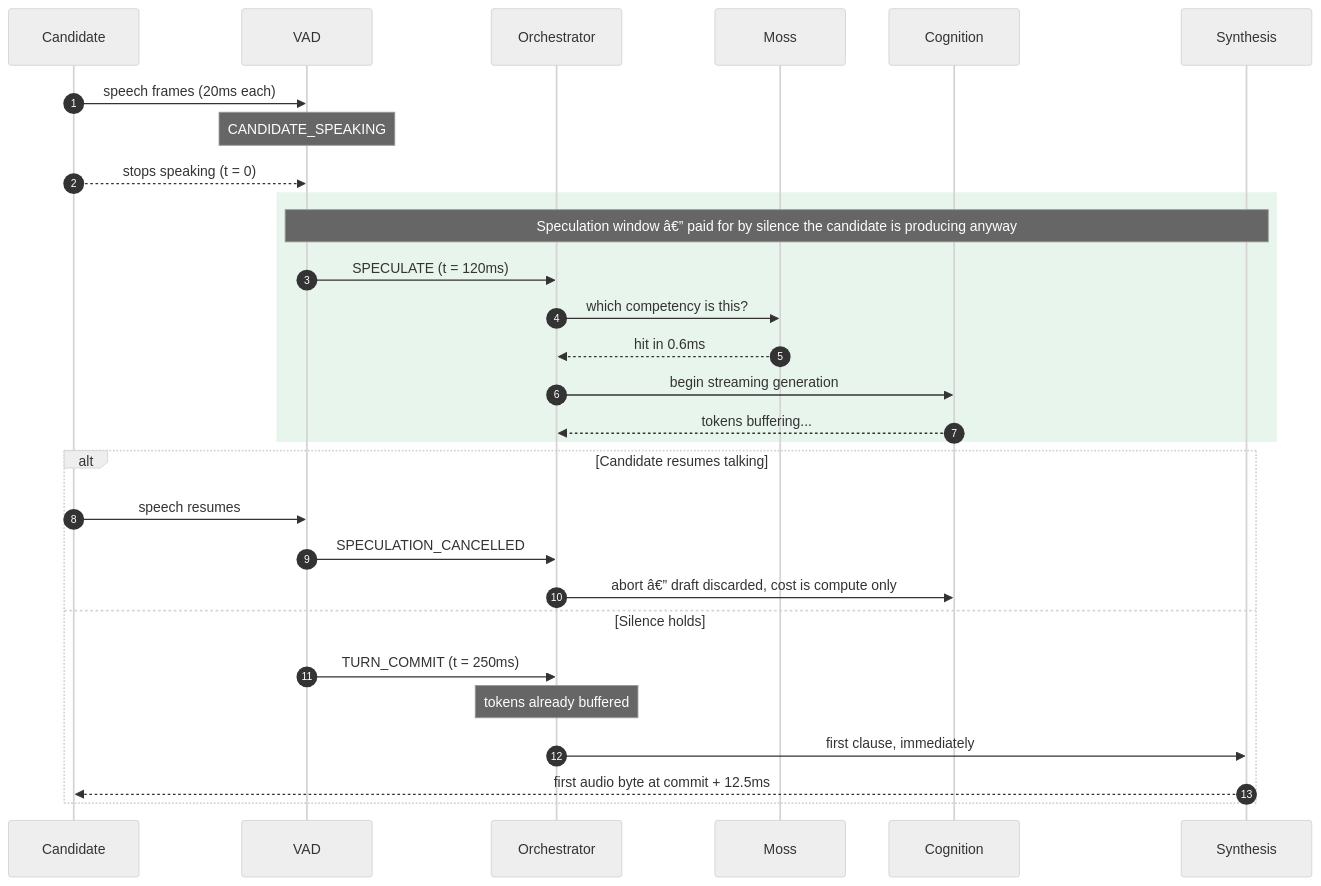
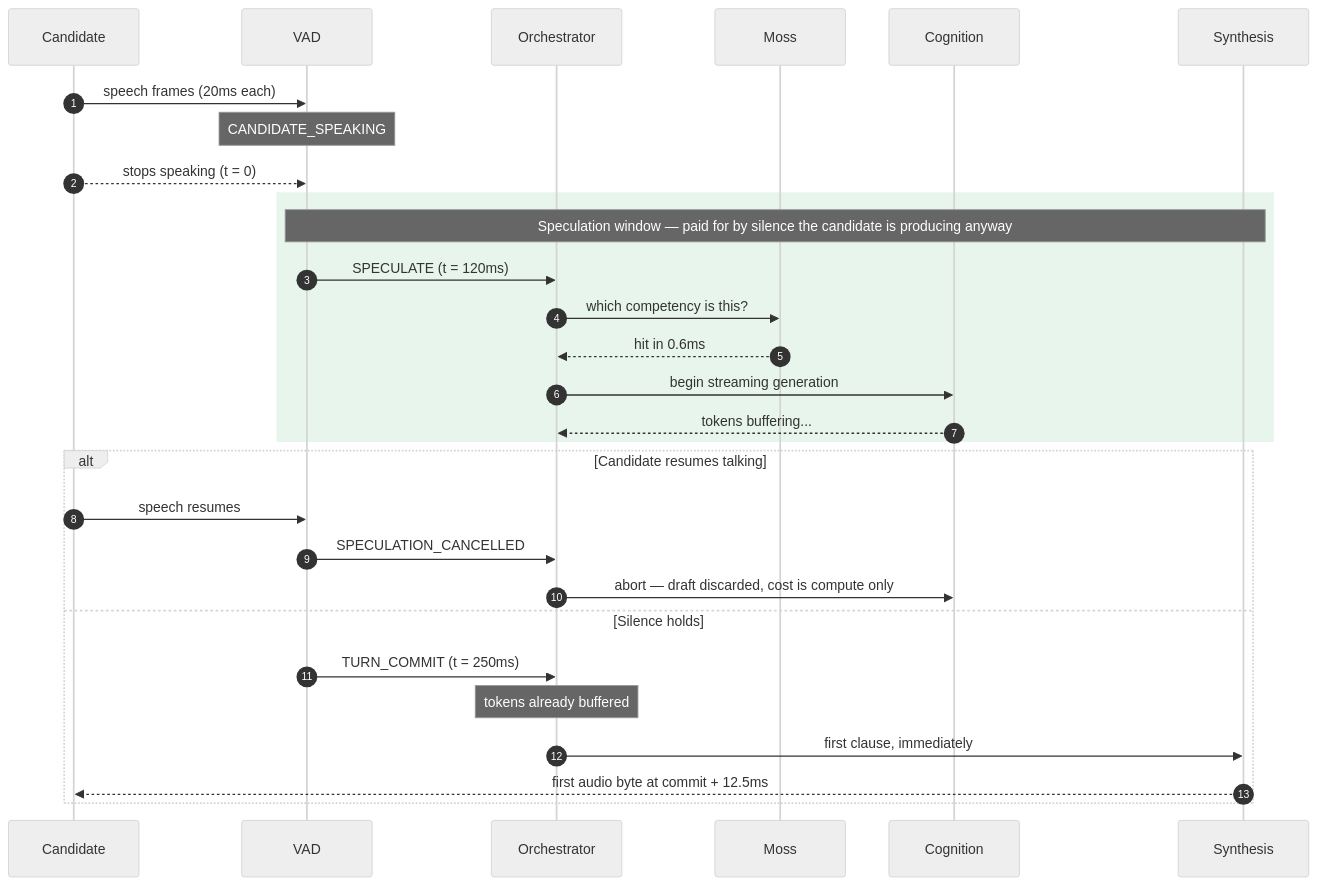
One commit to Oruwe/HR_agent changed the second of 8 diagrams in docs/ARCHITECTURE.md. Above: the diagram before and after it, drawn with Mermaid (neutral theme). The commit also changed other lines of this file and 1 other file, not shown here.

First line of the commit message:
Fix mojibake in README and ARCHITECTURE.md

````diff
--- a/docs/ARCHITECTURE.md
+++ b/docs/ARCHITECTURE.md
@@ -76,35 +76,35 @@
 ```mermaid
 sequenceDiagram
     autonumber
     participant C as Candidate
     participant V as VAD
     participant O as Orchestrator
     participant M as Moss
     participant L as Cognition
     participant S as Synthesis
 
     C->>V: speech frames (20ms each)
     Note over V: CANDIDATE_SPEAKING
 
     C-->>V: stops speaking (t = 0)
 
     rect rgb(232, 245, 236)
-    Note over V,S: Speculation window â€” paid for by silence the candidate is producing anyway
+    Note over V,S: Speculation window — paid for by silence the candidate is producing anyway
     V->>O: SPECULATE (t = 120ms)
     O->>M: which competency is this?
     M-->>O: hit in 0.6ms
     O->>L: begin streaming generation
     L-->>O: tokens buffering...
     end
 
     alt Candidate resumes talking
         C->>V: speech resumes
         V->>O: SPECULATION_CANCELLED
-        O->>L: abort â€” draft discarded, cost is compute only
+        O->>L: abort — draft discarded, cost is compute only
     else Silence holds
         V->>O: TURN_COMMIT (t = 250ms)
         Note over O: tokens already buffered
         O->>S: first clause, immediately
         S-->>C: first audio byte at commit + 12.5ms
     end
 ```
````
